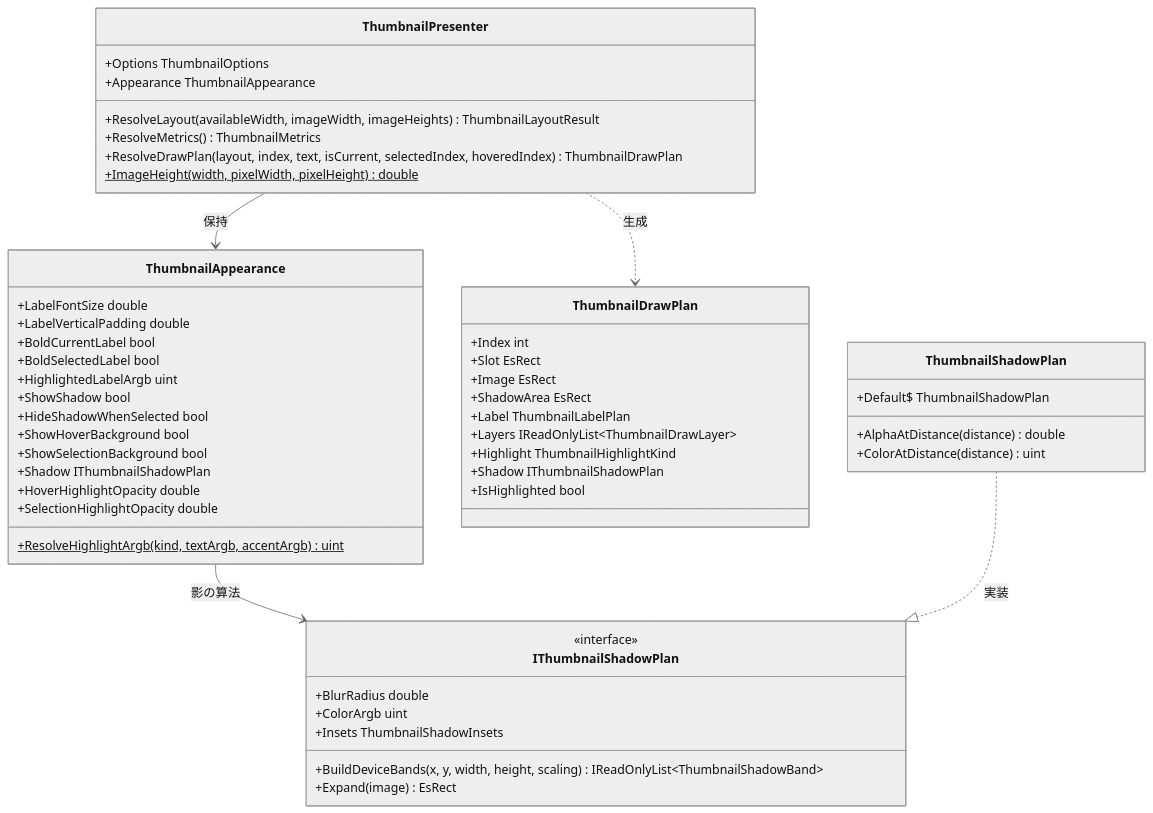
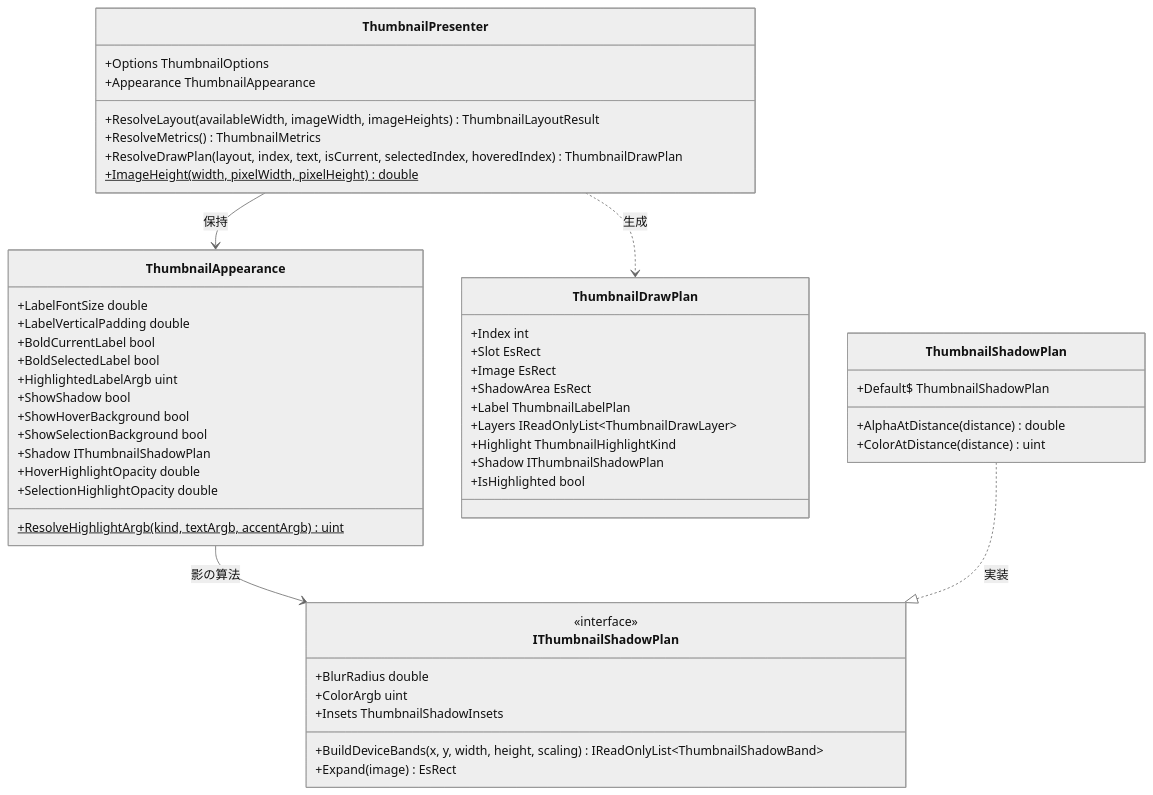
Before and after one commit to tomokuni/EsUtil: the second of 4 diagrams in EsUtil/Feature.Thumbnail.Presenter/docs/SPEC_System.md, drawn with Mermaid (neutral theme). The commit also changed other lines of this file and 45 other files, not shown here.

````diff
--- a/EsUtil/Feature.Thumbnail.Presenter/docs/SPEC_System.md
+++ b/EsUtil/Feature.Thumbnail.Presenter/docs/SPEC_System.md
@@ -108,55 +108,54 @@
 ```mermaid
 classDiagram
     class ThumbnailPresenter {
         +Options ThumbnailOptions
         +Appearance ThumbnailAppearance
         +ResolveLayout(availableWidth, imageWidth, imageHeights) ThumbnailLayoutResult
         +ResolveMetrics() ThumbnailMetrics
         +ResolveDrawPlan(layout, index, text, isCurrent, selectedIndex, hoveredIndex) ThumbnailDrawPlan
         +ImageHeight(width, pixelWidth, pixelHeight)$ double
     }
     class ThumbnailAppearance {
         +LabelFontSize double
         +LabelVerticalPadding double
         +BoldCurrentLabel bool
         +BoldSelectedLabel bool
         +HighlightedLabelArgb uint
         +ShowShadow bool
-        +HideShadowWhenSelected bool
         +ShowHoverBackground bool
         +ShowSelectionBackground bool
         +Shadow IThumbnailShadowPlan
         +HoverHighlightOpacity double
         +SelectionHighlightOpacity double
         +ResolveHighlightArgb(kind, textArgb, accentArgb)$ uint
     }
     class ThumbnailDrawPlan {
         +Index int
         +Slot EsRect
         +Image EsRect
         +ShadowArea EsRect
         +Label ThumbnailLabelPlan
         +Layers IReadOnlyList~ThumbnailDrawLayer~
         +Highlight ThumbnailHighlightKind
         +Shadow IThumbnailShadowPlan
         +IsHighlighted bool
     }
     class IThumbnailShadowPlan {
         <<interface>>
         +BlurRadius double
         +ColorArgb uint
         +Insets ThumbnailShadowInsets
         +BuildDeviceBands(x, y, width, height, scaling) IReadOnlyList~ThumbnailShadowBand~
         +Expand(image) EsRect
     }
     class ThumbnailShadowPlan {
         +Default$ ThumbnailShadowPlan
         +AlphaAtDistance(distance) double
         +ColorAtDistance(distance) uint
     }
 
     ThumbnailPresenter --> ThumbnailAppearance : 保持
     ThumbnailPresenter ..> ThumbnailDrawPlan : 生成
     ThumbnailAppearance --> IThumbnailShadowPlan : 影の算法
     ThumbnailShadowPlan ..|> IThumbnailShadowPlan : 実装
 ```
````
